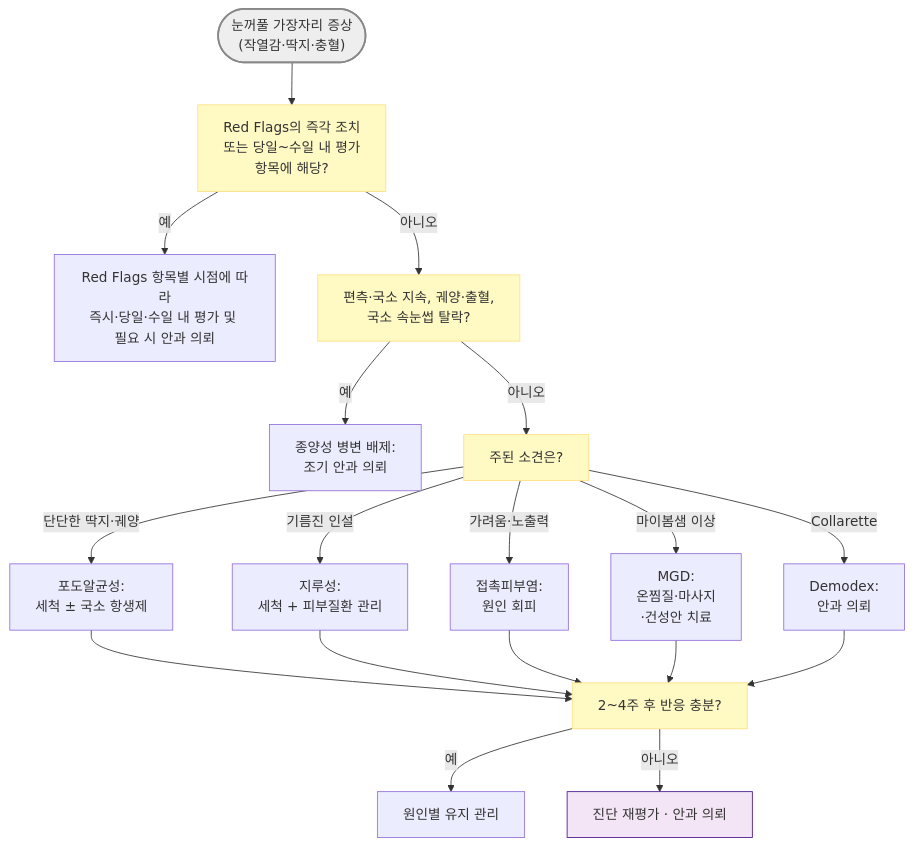
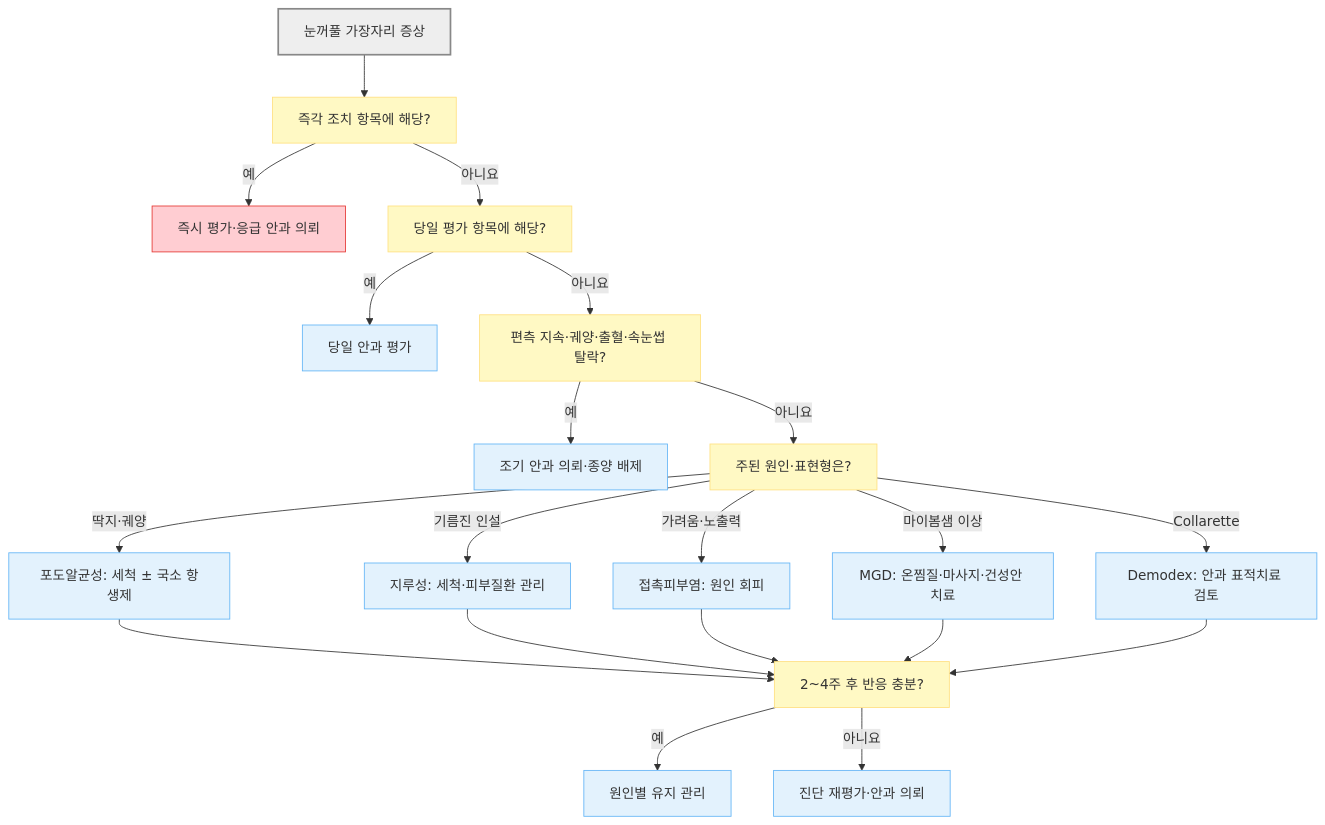
One commit to familyoh77/familyoh77 changed the diagram in 222_/039_-blepharitis.md. Above: the diagram before and after it, drawn with Mermaid. The commit also changed other lines of this file and 9 other files, not shown here.

````diff
--- a/222_/039_-blepharitis.md
+++ b/222_/039_-blepharitis.md
@@ -121,27 +121,30 @@
 ```mermaid
-graph TD
-    Start(["눈꺼풀 가장자리 증상 <br>(작열감·딱지·충혈)"]) --> RF["Red Flags의 즉각 조치 <br>또는 당일~수일 내 평가 <br>항목에 해당?"]
-    RF -- 예 --> Refer["Red Flags 항목별 시점에 따라<br>즉시·당일·수일 내 평가 및 <br>필요 시 안과 의뢰"]
-    RF -- 아니오 --> Uni["편측·국소 지속, 궤양·출혈,<br>국소 속눈썹 탈락?"]
-    Uni -- 예 --> Tumor["종양성 병변 배제: <br>조기 안과 의뢰"]
-    Uni -- 아니오 --> Type["주된 소견은?"]
-    Type -- "단단한 딱지·궤양" --> Staph["포도알균성: <br>세척 ± 국소 항생제"]
-    Type -- "기름진 인설" --> Seb["지루성: <br>세척 + 피부질환 관리"]
-    Type -- "가려움·노출력" --> Contact["접촉피부염: <br>원인 회피"]
-    Type -- "마이봄샘 이상" --> MGD["MGD: <br>온찜질·마사지<br>·건성안 치료"]
-    Type -- Collarette --> Demo["Demodex: <br>안과 의뢰"]
+flowchart TD
+    Start["눈꺼풀 가장자리 증상"] --> RF["즉각 조치 항목에 해당?"]
+    RF -- "예" --> Emergency["즉시 평가·응급 안과 의뢰"]
+    RF -- "아니요" --> Urgent["당일 평가 항목에 해당?"]
+    Urgent -- "예" --> SameDay["당일 안과 평가"]
+    Urgent -- "아니요" --> Uni["편측 지속·궤양·출혈·속눈썹 탈락?"]
+    Uni -- "예" --> Tumor["조기 안과 의뢰·종양 배제"]
+    Uni -- "아니요" --> Type["주된 원인·표현형은?"]
+    Type -- "딱지·궤양" --> Staph["포도알균성: 세척 ± 국소 항생제"]
+    Type -- "기름진 인설" --> Seb["지루성: 세척·피부질환 관리"]
+    Type -- "가려움·노출력" --> Contact["접촉피부염: 원인 회피"]
+    Type -- "마이봄샘 이상" --> MGD["MGD: 온찜질·마사지·건성안 치료"]
+    Type -- "Collarette" --> Demo["Demodex: 안과 표적치료 검토"]
     Staph --> Follow["2~4주 후 반응 충분?"]
     Seb --> Follow
     Contact --> Follow
     MGD --> Follow
     Demo --> Follow
-    Follow -- 예 --> Maint["원인별 유지 관리"]
-    Follow -- 아니오 --> Re["진단 재평가 · 안과 의뢰"]
-    style Start fill:#eeeeee,stroke:#888888,stroke-width:2px
-    style RF fill:#fff9c4,stroke:#ffe082
-    style Uni fill:#fff9c4,stroke:#ffe082
-    style Type fill:#fff9c4,stroke:#ffe082
-    style Follow fill:#fff9c4,stroke:#ffe082
-    style Re fill:#f3e5f5,stroke:#4a148c
-
+    Follow -- "예" --> Maint["원인별 유지 관리"]
+    Follow -- "아니요" --> Re["진단 재평가·안과 의뢰"]
+    classDef start fill:#eeeeee,stroke:#888888,stroke-width:2px
+    classDef question fill:#fff9c4,stroke:#ffe082
+    classDef emergency fill:#ffcdd2,stroke:#e53935
+    classDef treatment fill:#e3f2fd,stroke:#64b5f6
+    class Start start
+    class RF,Urgent,Uni,Type,Follow question
+    class Emergency emergency
+    class SameDay,Tumor,Staph,Seb,Contact,MGD,Demo,Maint,Re treatment
 ```
````
